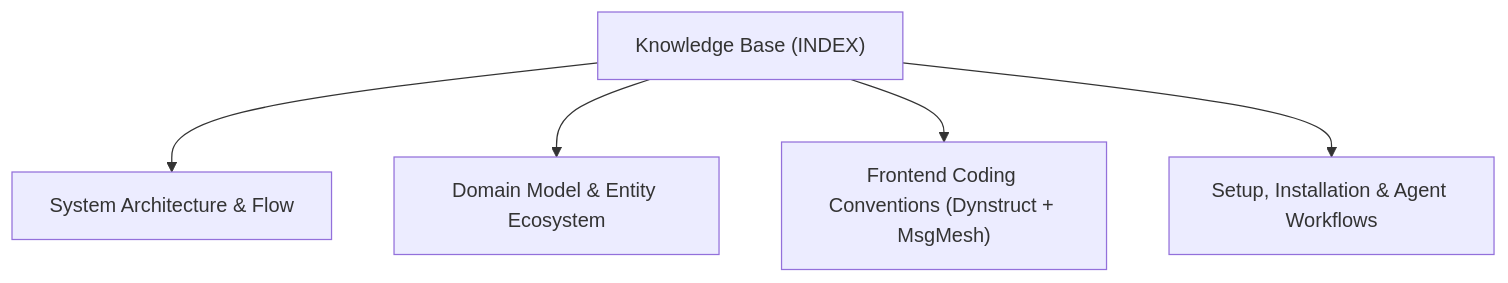
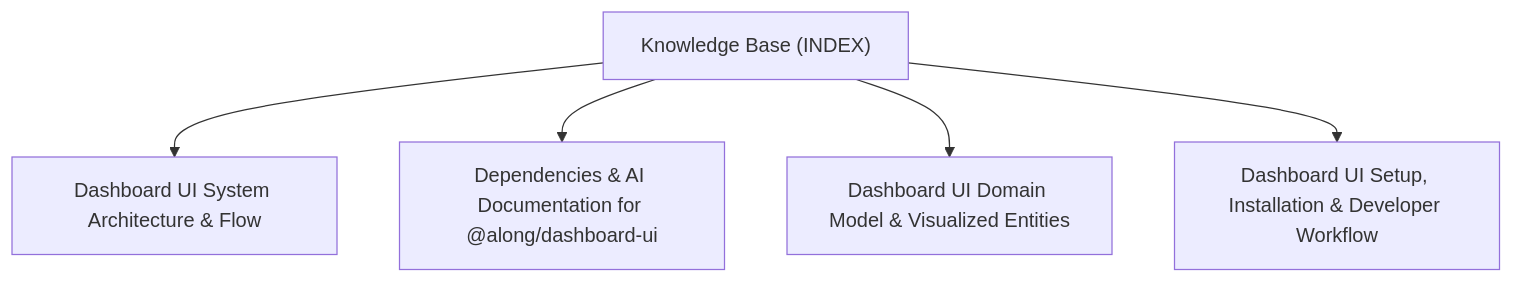
Before and after one commit to actdim/along: the diagram in packages/dashboard-ui/docs/INDEX.md, drawn with Mermaid. The commit also changed other lines of this file and 5 other files, not shown here.

````diff
--- a/packages/dashboard-ui/docs/INDEX.md
+++ b/packages/dashboard-ui/docs/INDEX.md
@@ -17,12 +17,12 @@
 ```mermaid
 flowchart TD
     INDEX["Knowledge Base (INDEX)"]
-    T_ARCHITECTURE["System Architecture & Flow"]
+    T_ARCHITECTURE["Dashboard UI System Architecture & Flow"]
     INDEX --> T_ARCHITECTURE
-    T_DOMAIN_MODEL["Domain Model & Entity Ecosystem"]
+    T_DEPENDENCIES["Dependencies & AI Documentation for @along/dashboard-ui"]
+    INDEX --> T_DEPENDENCIES
+    T_DOMAIN_MODEL["Dashboard UI Domain Model & Visualized Entities"]
     INDEX --> T_DOMAIN_MODEL
-    T_FRONTEND_CONVENTIONS["Frontend Coding Conventions (Dynstruct + MsgMesh)"]
-    INDEX --> T_FRONTEND_CONVENTIONS
-    T_SETUP_AND_WORKFLOW["Setup, Installation & Agent Workflows"]
+    T_SETUP_AND_WORKFLOW["Dashboard UI Setup, Installation & Developer Workflow"]
     INDEX --> T_SETUP_AND_WORKFLOW
 ```
````
